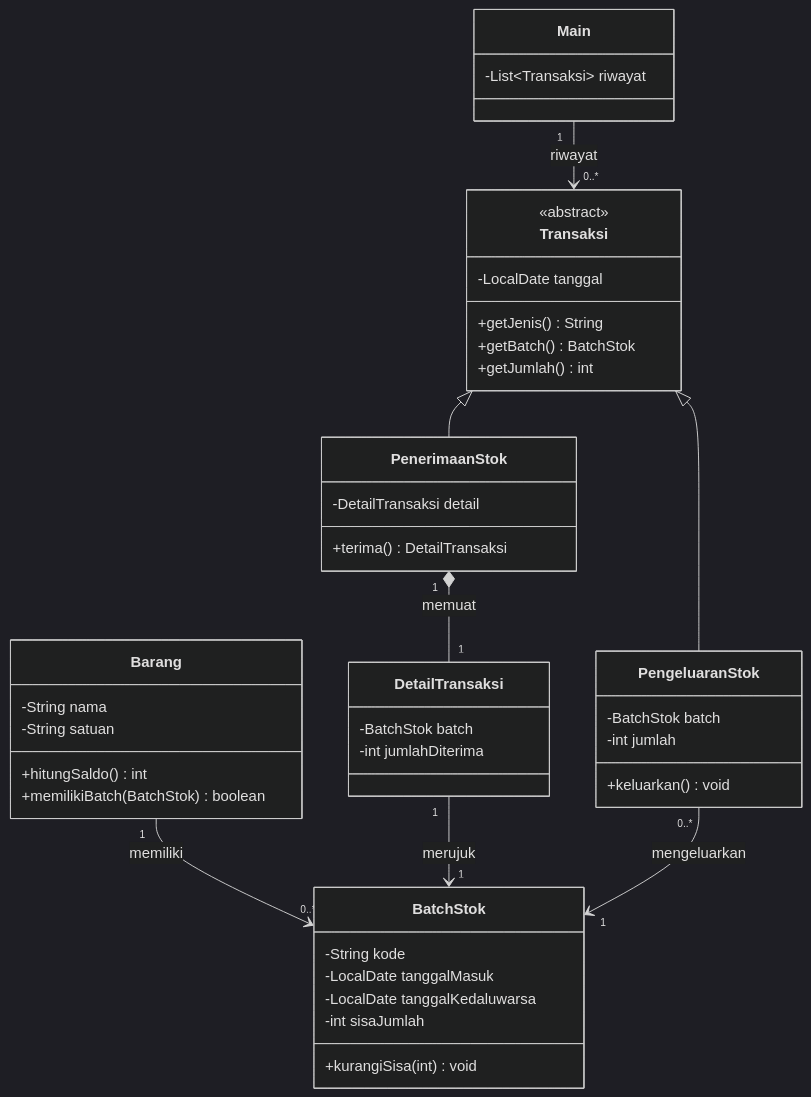
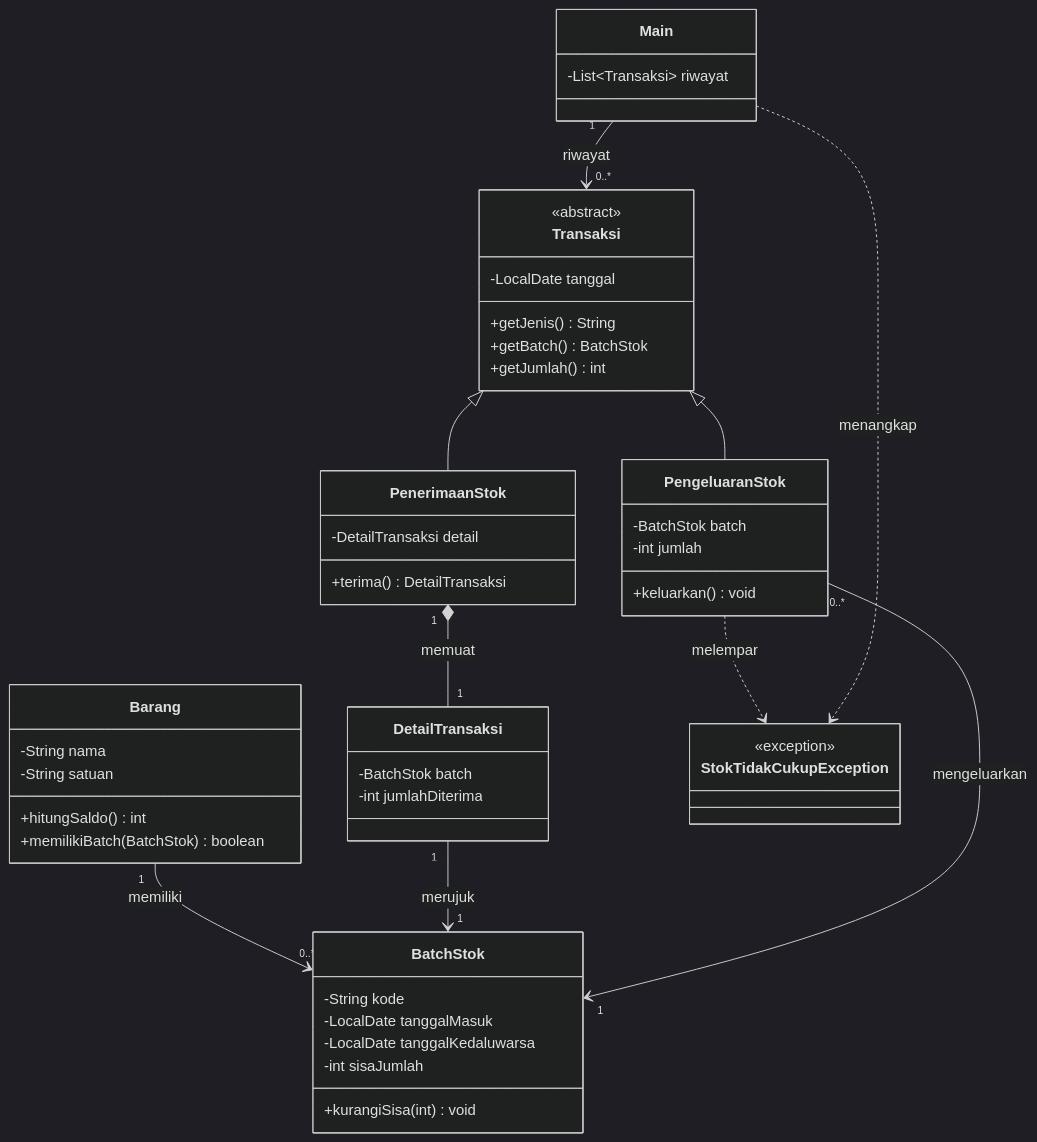
Before and after one commit to Skiidig/kantinflow-pbo: the diagram in docs/rancangan-stok-masuk.md, drawn with Mermaid (dark theme). The commit also changed other lines of this file and 3 other files, not shown here.

Commit message:
Tambah exception stok tidak cukup.

````diff
--- a/docs/rancangan-stok-masuk.md
+++ b/docs/rancangan-stok-masuk.md
@@ -21,47 +27,52 @@
 ```mermaid
 classDiagram
     Transaksi <|-- PenerimaanStok
     Transaksi <|-- PengeluaranStok
     Barang "1" --> "0..*" BatchStok : memiliki
     PenerimaanStok "1" *-- "1" DetailTransaksi : memuat
     DetailTransaksi "1" --> "1" BatchStok : merujuk
     PengeluaranStok "0..*" --> "1" BatchStok : mengeluarkan
+    PengeluaranStok ..> StokTidakCukupException : melempar
+    Main ..> StokTidakCukupException : menangkap
     Main "1" --> "0..*" Transaksi : riwayat
 
     class Transaksi {
         <<abstract>>
         -LocalDate tanggal
         +getJenis() String
         +getBatch() BatchStok
         +getJumlah() int
     }
     class Barang {
         -String nama
         -String satuan
         +hitungSaldo() int
         +memilikiBatch(BatchStok) boolean
     }
     class BatchStok {
         -String kode
         -LocalDate tanggalMasuk
         -LocalDate tanggalKedaluwarsa
         -int sisaJumlah
         +kurangiSisa(int) void
     }
     class PenerimaanStok {
         -DetailTransaksi detail
         +terima() DetailTransaksi
     }
     class PengeluaranStok {
         -BatchStok batch
         -int jumlah
         +keluarkan() void
     }
     class DetailTransaksi {
         -BatchStok batch
         -int jumlahDiterima
     }
     class Main {
         -List~Transaksi~ riwayat
     }
+    class StokTidakCukupException {
+        <<exception>>
+    }
 ```
````
